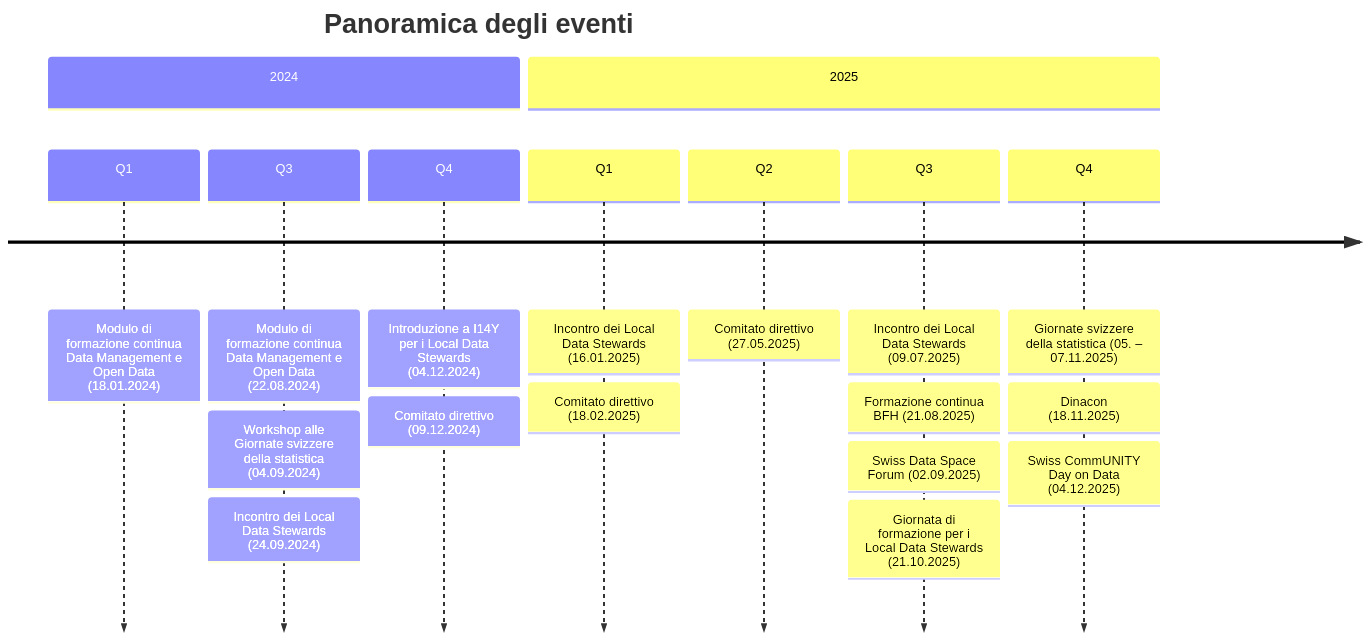
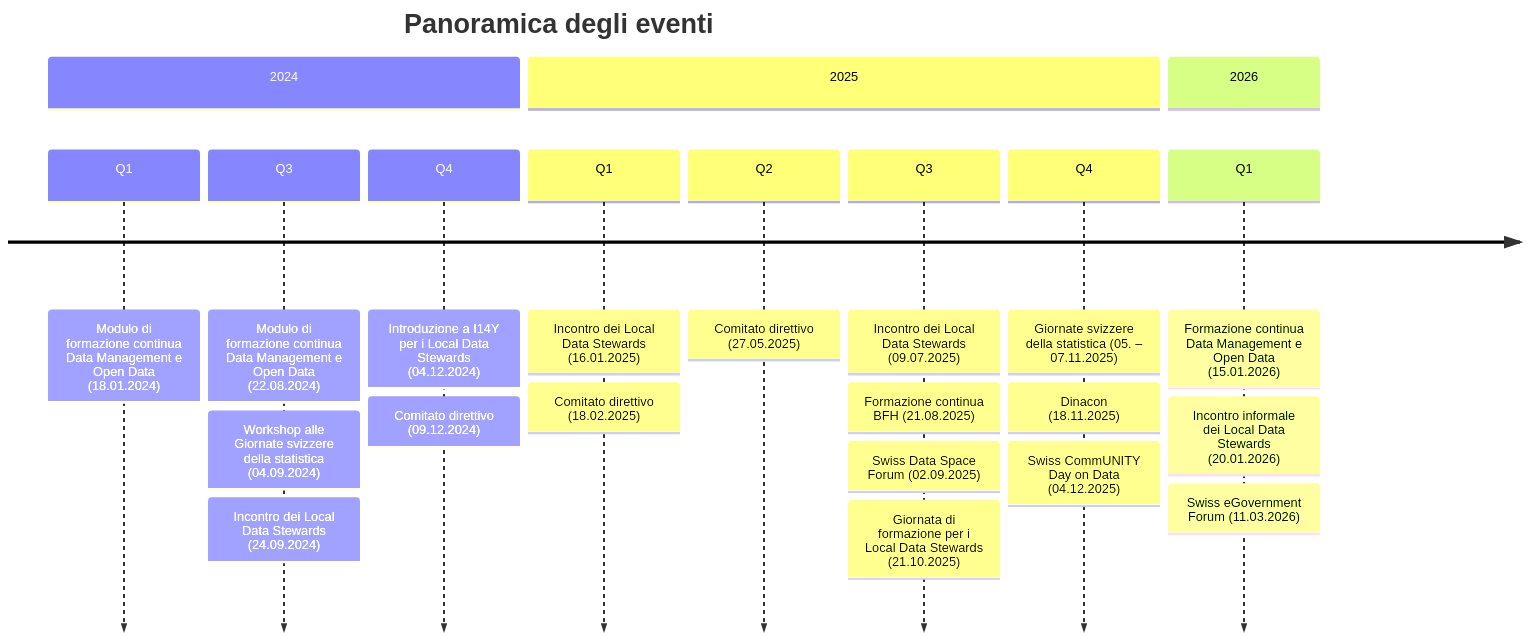
Before and after one commit to I14Y-ch/handbook: the diagram in content/it/eventi/_index.md, drawn with Mermaid. The commit also changed other lines of this file and 7 other files, not shown here.

```diff
--- a/content/it/eventi/_index.md
+++ b/content/it/eventi/_index.md
@@ -11,24 +11,29 @@
 {{< mermaid width="650px" >}}
 timeline
     title Panoramica degli eventi
 
     section 2024
       Q1 : Modulo di formazione continua Data Management e Open Data (18.01.2024)
       Q3 : Modulo di formazione continua Data Management e Open Data (22.08.2024)
          : Workshop alle Giornate svizzere della statistica (04.09.2024)
          : Incontro dei Local Data Stewards (24.09.2024)
       Q4 : Introduzione a I14Y per i Local Data Stewards (04.12.2024)
          : Comitato direttivo (09.12.2024)
 
     section 2025
       Q1 : Incontro dei Local Data Stewards (16.01.2025)
          : Comitato direttivo (18.02.2025)
       Q2 : Comitato direttivo (27.05.2025)
       Q3 : Incontro dei Local Data Stewards (09.07.2025)
          : Formazione continua BFH (21.08.2025)
          : Swiss Data Space Forum (02.09.2025)
          : Giornata di formazione per i Local Data Stewards (21.10.2025)
       Q4 : Giornate svizzere della statistica (05. – 07.11.2025)
          : Dinacon (18.11.2025)
          : Swiss CommUNITY Day on Data (04.12.2025)
+
+    section 2026
+      Q1 : Formazione continua Data Management e Open Data (15.01.2026)
+         : Incontro informale dei Local Data Stewards (20.01.2026)
+         : Swiss eGovernment Forum (11.03.2026)
 {{< /mermaid >}}
```
